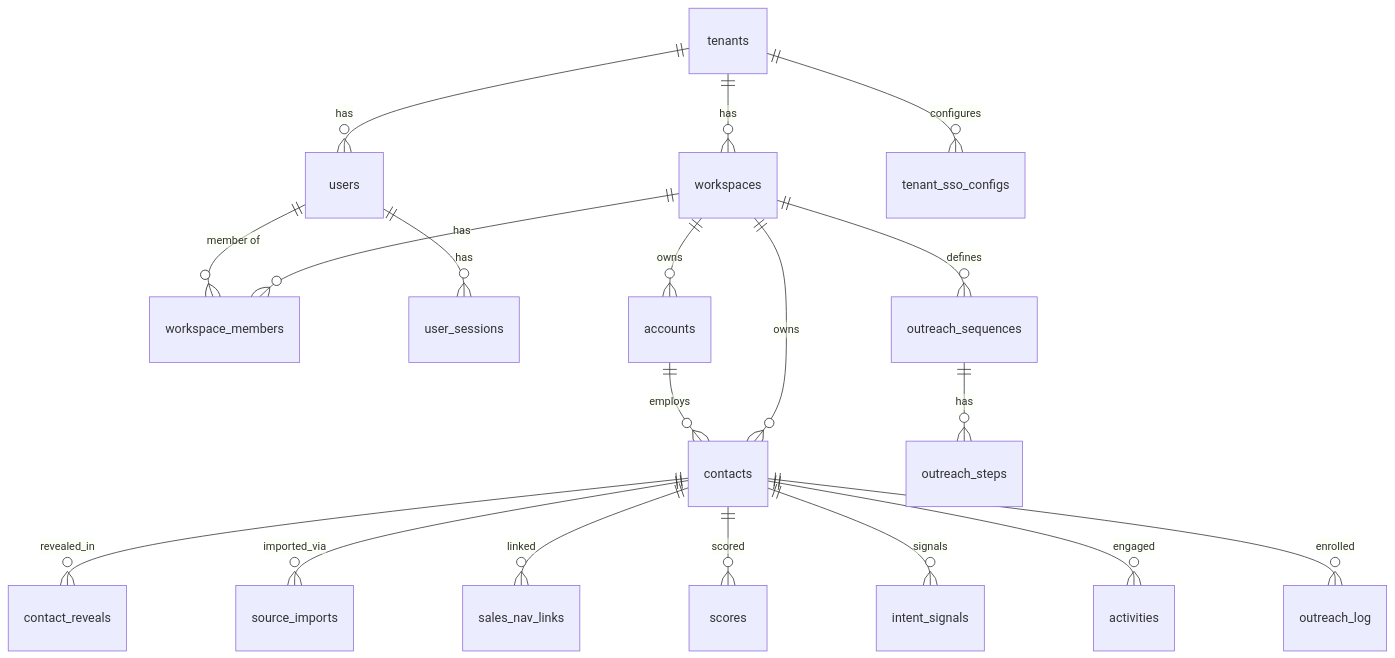
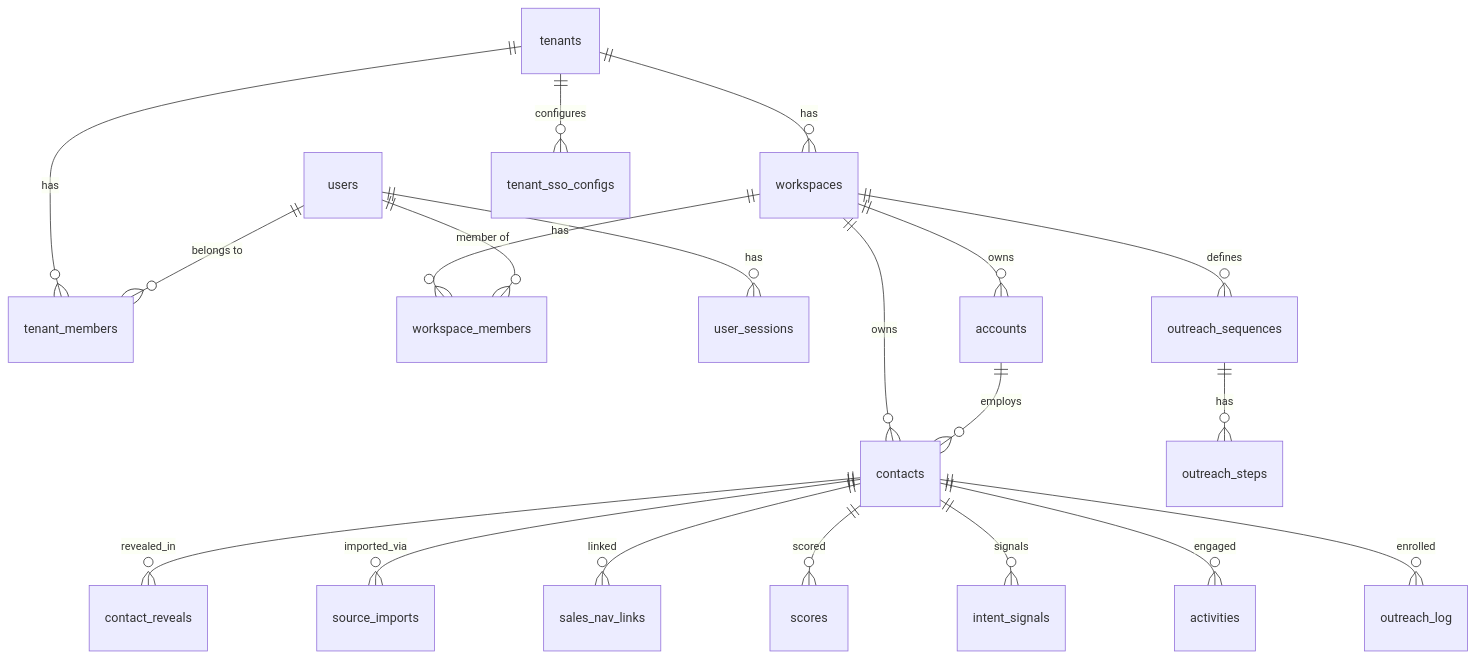
Before and after one commit to itsamiitt/truepoint: the diagram in docs/planning/03-database-design.md, drawn with Mermaid. The commit also changed other lines of this file and 84 other files, not shown here.

````diff
--- a/docs/planning/03-database-design.md
+++ b/docs/planning/03-database-design.md
@@ -50,22 +58,23 @@
 ```mermaid
 erDiagram
   tenants ||--o{ workspaces : has
-  tenants ||--o{ users : has
+  tenants ||--o{ tenant_members : has
+  users ||--o{ tenant_members : "belongs to"
   workspaces ||--o{ workspace_members : has
   users ||--o{ workspace_members : "member of"
   users ||--o{ user_sessions : has
   tenants ||--o{ tenant_sso_configs : configures
 
   workspaces ||--o{ accounts : owns
   workspaces ||--o{ contacts : owns
   accounts ||--o{ contacts : employs
   contacts ||--o{ contact_reveals : revealed_in
   contacts ||--o{ source_imports : imported_via
   contacts ||--o{ sales_nav_links : linked
   contacts ||--o{ scores : scored
   contacts ||--o{ intent_signals : signals
   contacts ||--o{ activities : engaged
   contacts ||--o{ outreach_log : enrolled
   workspaces ||--o{ outreach_sequences : defines
   outreach_sequences ||--o{ outreach_steps : has
 ```
````
